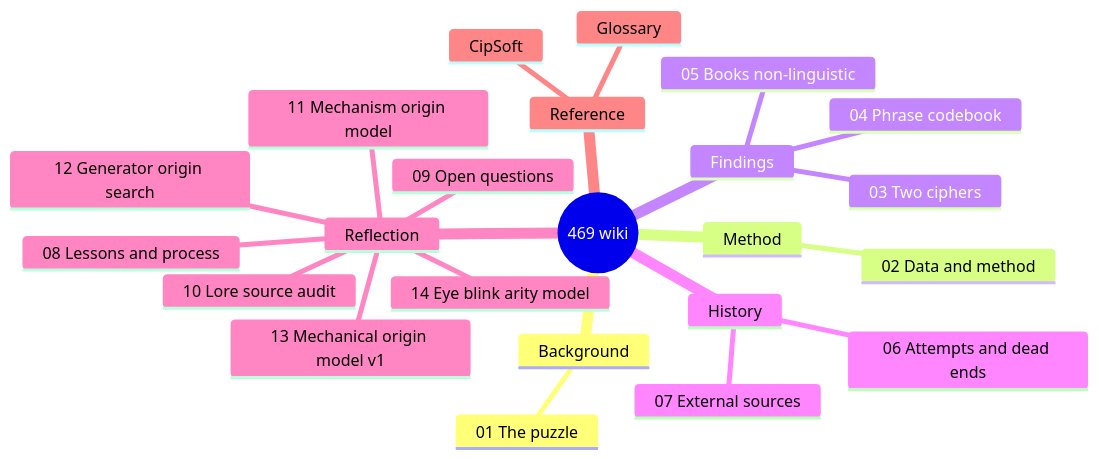
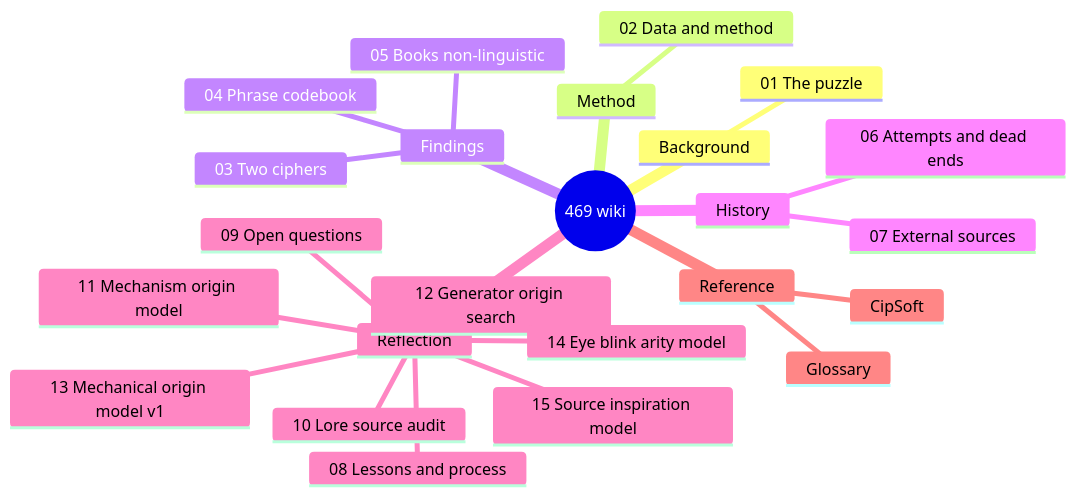
Before and after one commit to kimlage/tibia-469-cipher-casestudy: the diagram in docs/wiki/README.md, drawn with Mermaid. The commit also changed other lines of this file and 53 other files, not shown here.

Commit message:
Add 469 source inspiration audit

````diff
--- a/docs/wiki/README.md
+++ b/docs/wiki/README.md
@@ -58,26 +59,27 @@
 ```mermaid
 mindmap
   root((469 wiki))
     Background
       01 The puzzle
     Method
       02 Data and method
     Findings
       03 Two ciphers
       04 Phrase codebook
       05 Books non-linguistic
     History
       06 Attempts and dead ends
       07 External sources
     Reflection
       08 Lessons and process
       09 Open questions
       10 Lore source audit
       11 Mechanism origin model
       12 Generator origin search
       13 Mechanical origin model v1
       14 Eye blink arity model
+      15 Source inspiration model
     Reference
       Glossary
       CipSoft
 ```
````
